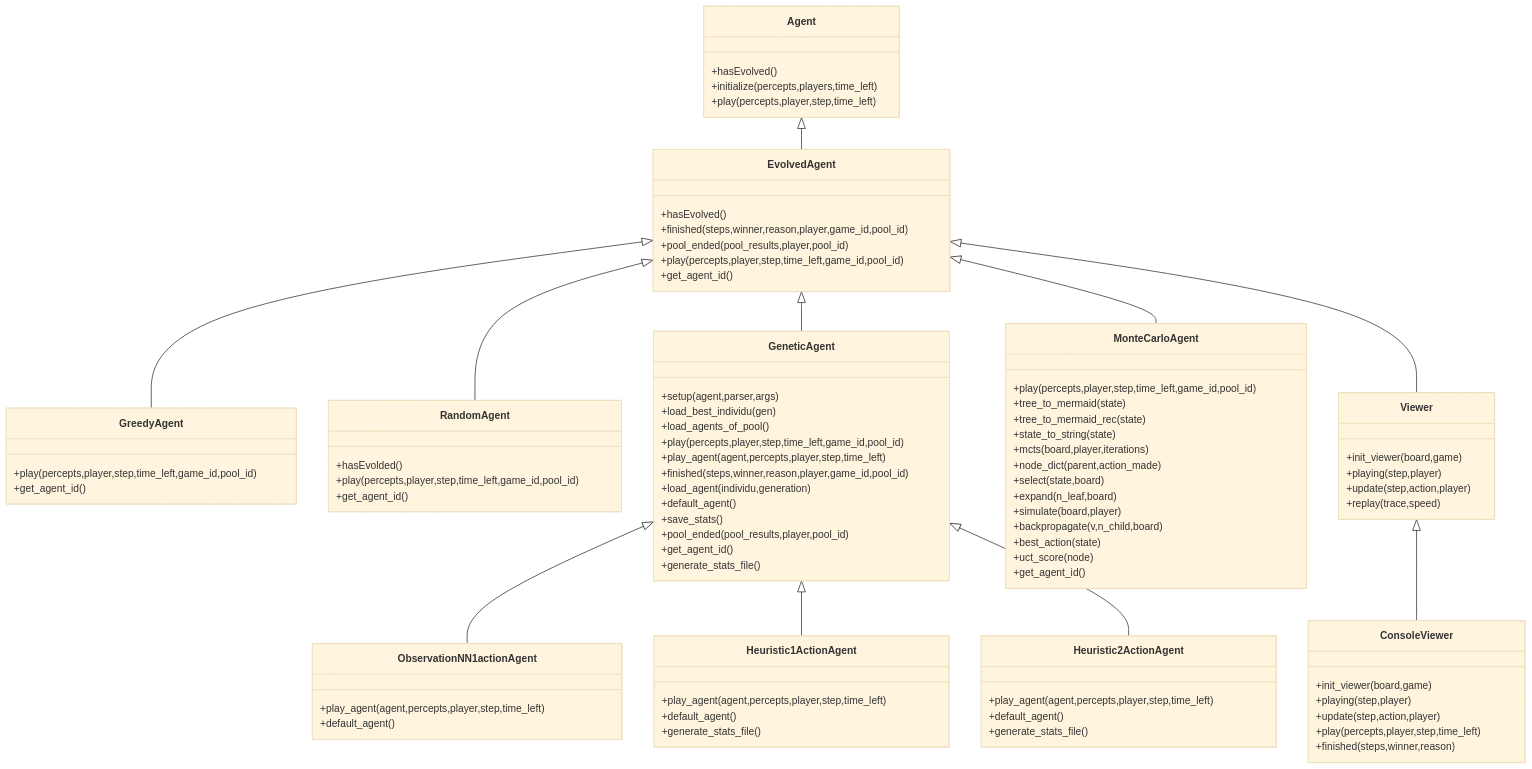
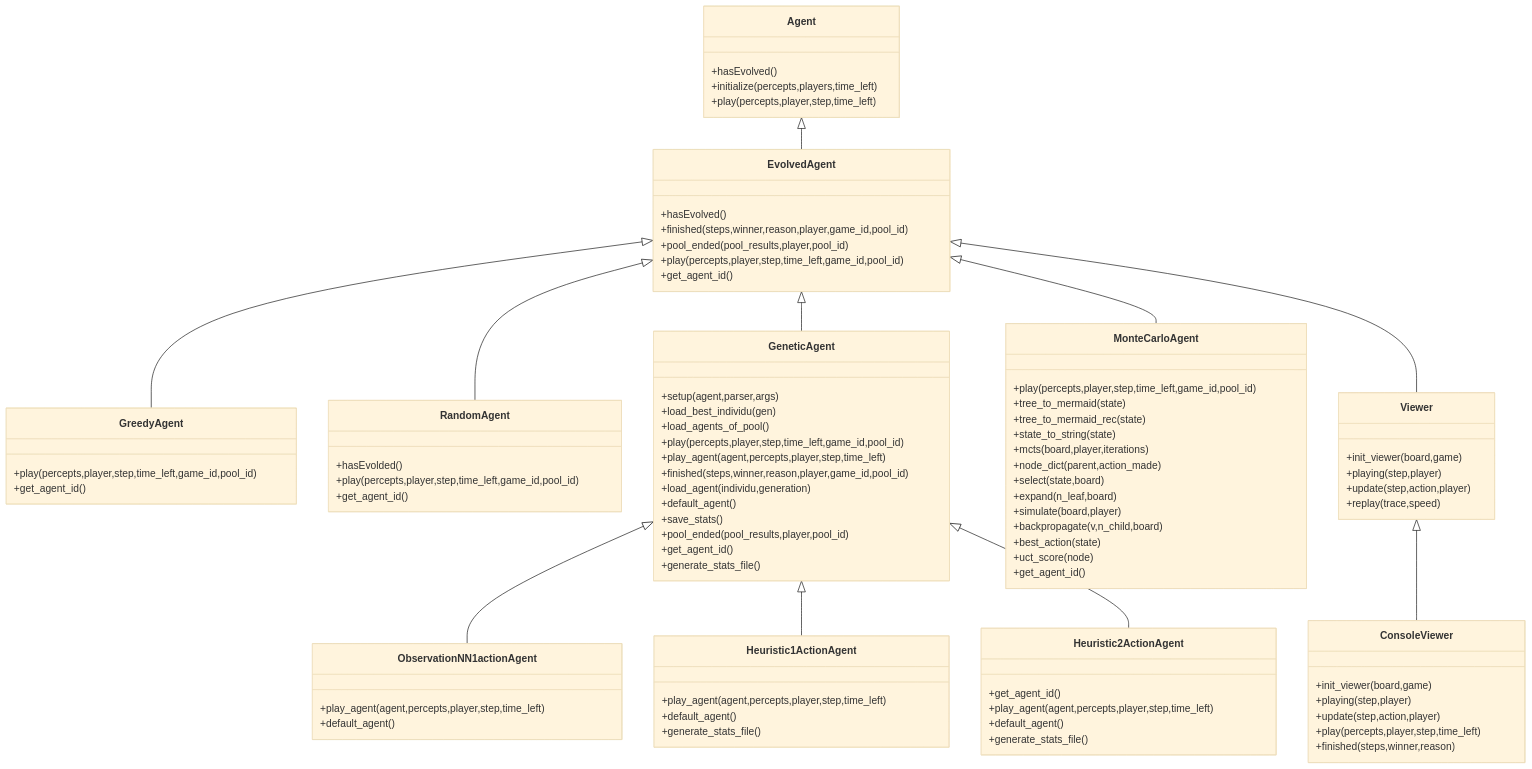
One commit to StephaneBranly/INF8215-Avalam-AI changed the diagram in README.md. Above: the diagram before and after it, drawn with Mermaid (base theme). The commit also changed 1 other file, not shown here.

Commit message:
[action] Update documentation

```diff
--- a/README.md
+++ b/README.md
@@ -77,6 +77,7 @@
 GeneticAgent <|-- Heuristic1ActionAgent
 GeneticAgent <|-- Heuristic2ActionAgent
 class Heuristic2ActionAgent {
+  +get_agent_id() 
   +play_agent(agent,percepts,player,step,time_left) 
   +default_agent() 
   +generate_stats_file() 
```
